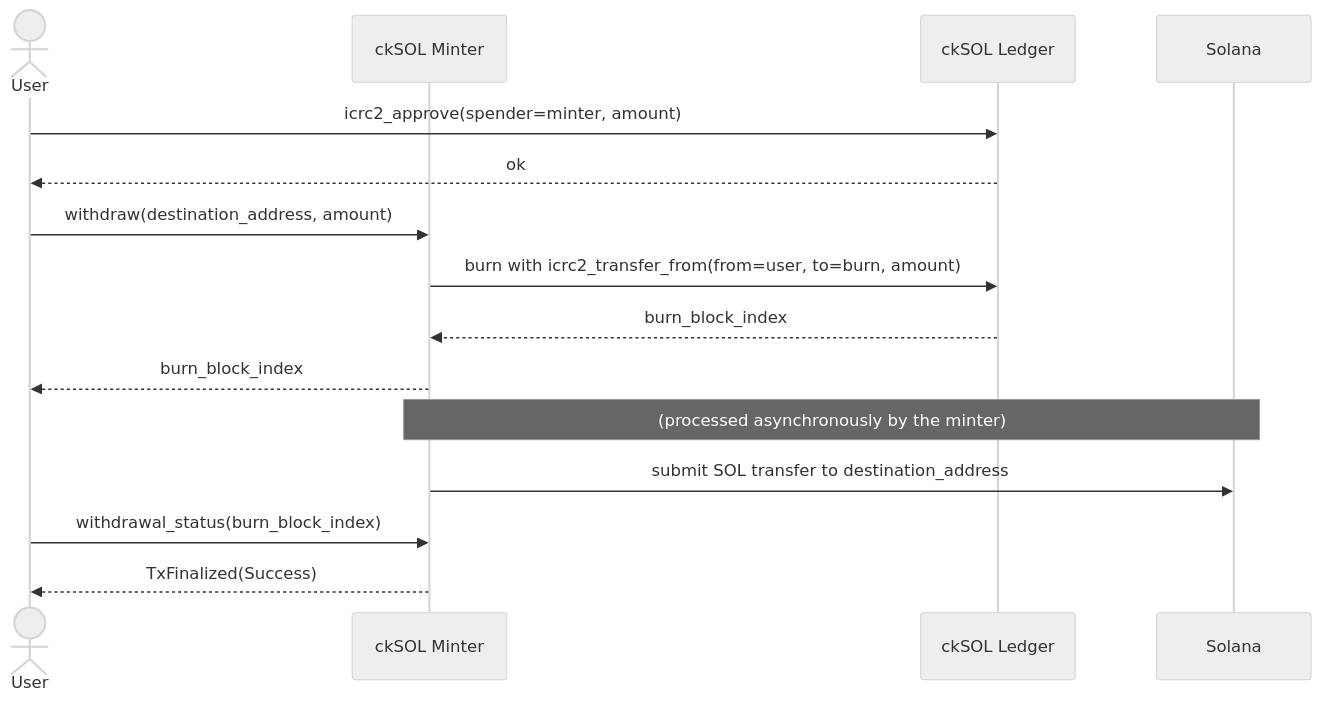
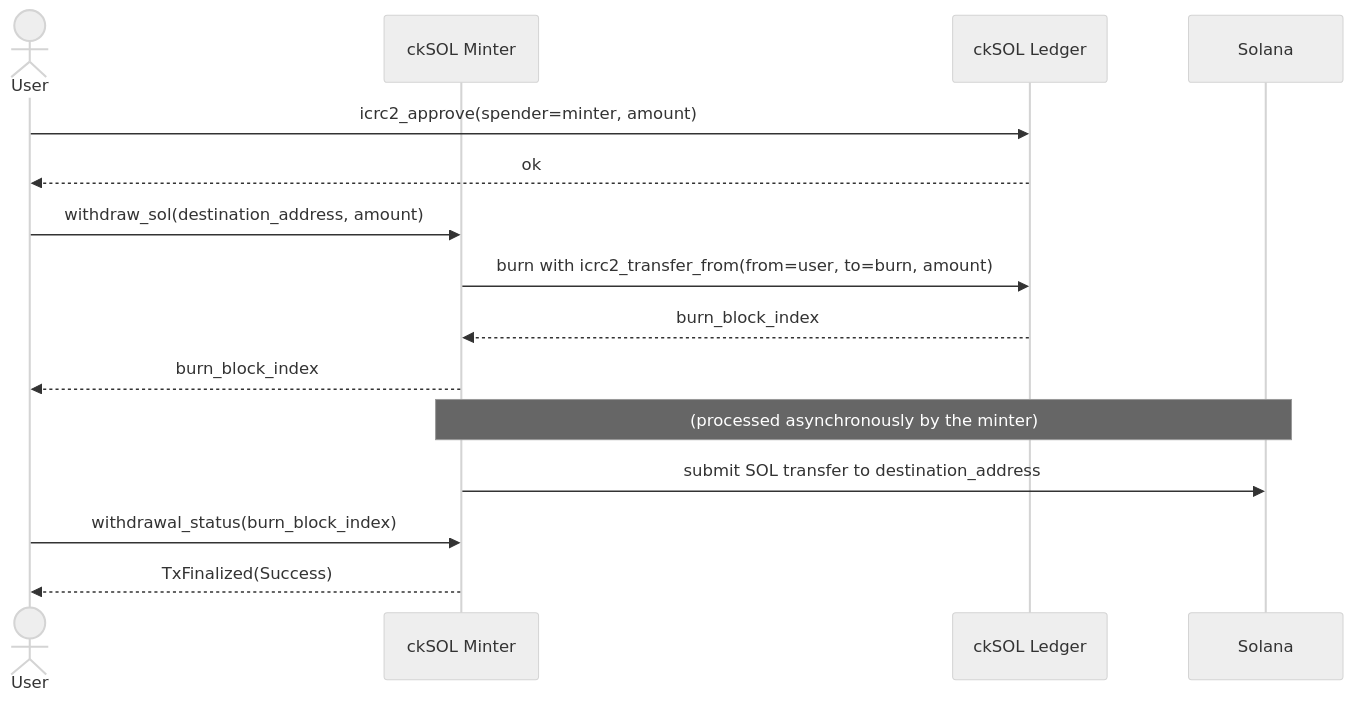
One commit to dfinity/cksol changed the second of 3 diagrams in README.md. Above: the diagram before and after it, drawn with Mermaid (neutral theme). The commit also changed other lines of this file and 7 other files, not shown here.

First line of the commit message:
refactor(minter)!: rename the withdraw endpoint to withdraw_sol

````diff
--- a/README.md
+++ b/README.md
@@ -92,21 +92,21 @@
 ```mermaid
 sequenceDiagram
     actor User
     participant Minter as ckSOL Minter
     participant Ledger as ckSOL Ledger
     participant Solana
 
     User->>Ledger: icrc2_approve(spender=minter, amount)
     Ledger-->>User: ok
 
-    User->>Minter: withdraw(destination_address, amount)
+    User->>Minter: withdraw_sol(destination_address, amount)
     Minter->>Ledger: burn with icrc2_transfer_from(from=user, to=burn, amount)
     Ledger-->>Minter: burn_block_index
     Minter-->>User: burn_block_index
 
     Note over Minter,Solana: (processed asynchronously by the minter)
     Minter->>Solana: submit SOL transfer to destination_address
 
     User->>Minter: withdrawal_status(burn_block_index)
     Minter-->>User: TxFinalized(Success)
 ```
````
